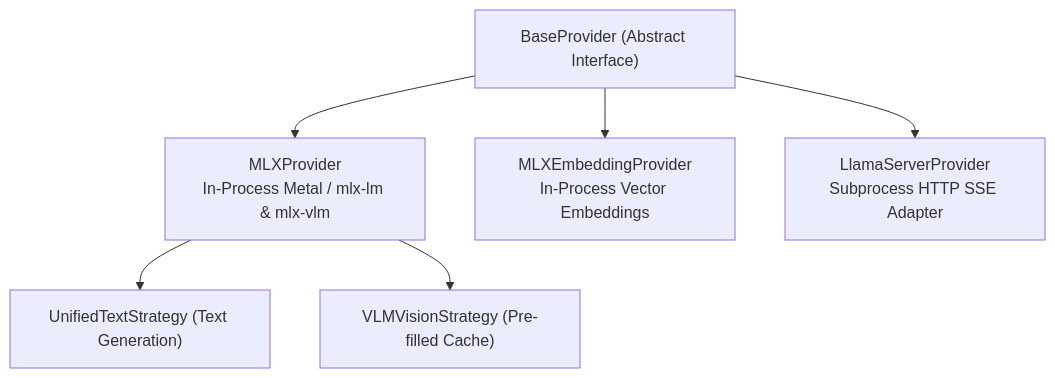
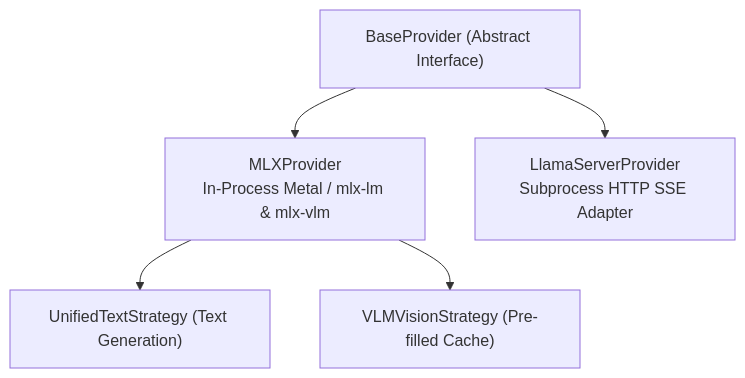
Before and after one commit to fblissjr/heylookitsanllm: the diagram in docs/wiki/providers_architecture.md, drawn with Mermaid. The commit also changed other lines of this file and 45 other files, not shown here.

````diff
--- a/docs/wiki/providers_architecture.md
+++ b/docs/wiki/providers_architecture.md
@@ -20,10 +19,9 @@
 ```mermaid
 flowchart TD
     Base["BaseProvider (Abstract Interface)"]
     Base --> MLX["MLXProvider<br/>In-Process Metal / mlx-lm & mlx-vlm"]
-    Base --> MLXEmb["MLXEmbeddingProvider<br/>In-Process Vector Embeddings"]
     Base --> GGUF["LlamaServerProvider<br/>Subprocess HTTP SSE Adapter"]
 
     MLX --> UnifiedText["UnifiedTextStrategy (Text Generation)"]
     MLX --> VLMVision["VLMVisionStrategy (Pre-filled Cache)"]
 ```
````
